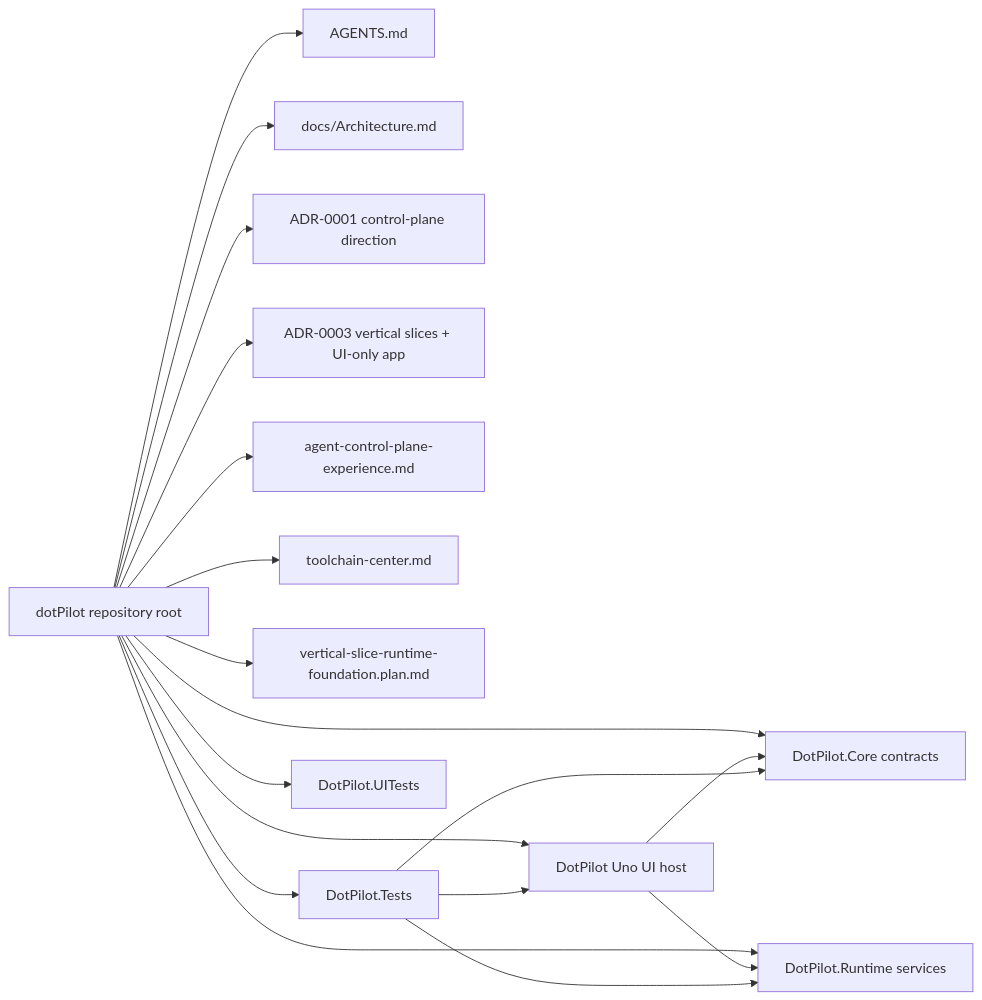
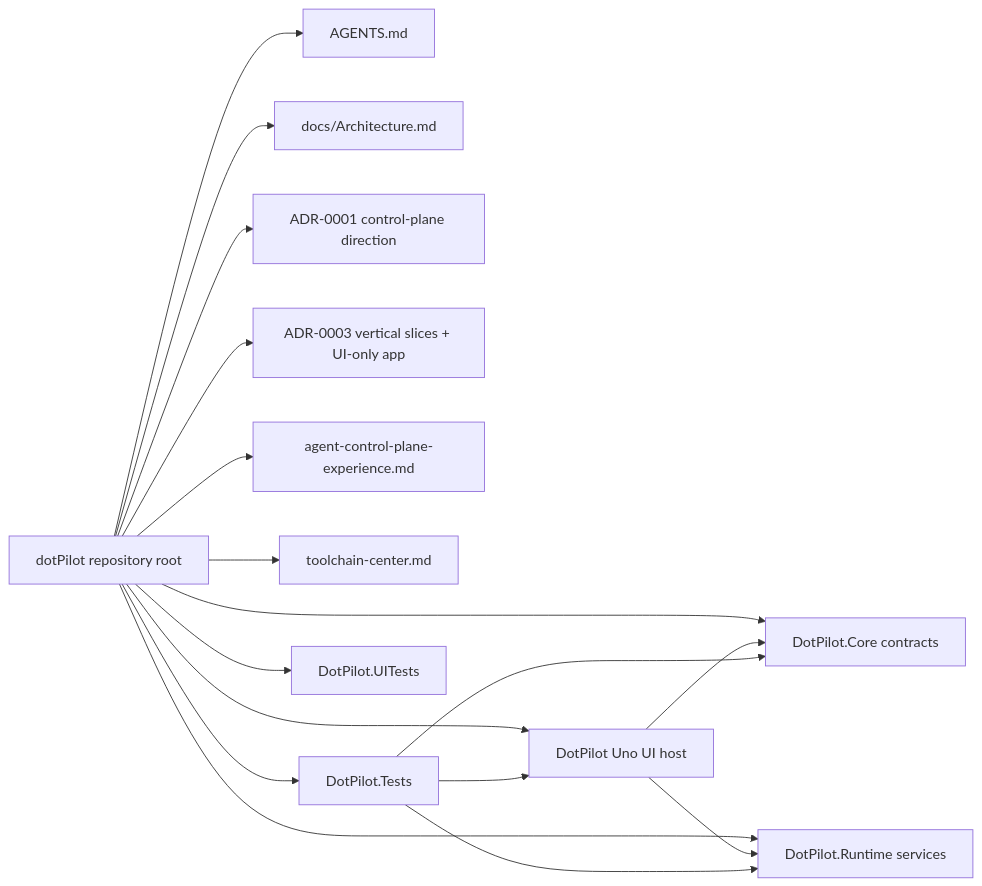
One commit to managedcode/dotPilot changed the first of 5 diagrams in docs/Architecture.md. Above: the diagram before and after it, drawn with Mermaid. The commit also changed other lines of this file and 11 other files, not shown here.

````diff
--- a/docs/Architecture.md
+++ b/docs/Architecture.md
@@ -29,34 +29,32 @@
 ```mermaid
 flowchart LR
   Root["dotPilot repository root"]
   Governance["AGENTS.md"]
   Architecture["docs/Architecture.md"]
   Adr1["ADR-0001 control-plane direction"]
   Adr3["ADR-0003 vertical slices + UI-only app"]
   Feature["agent-control-plane-experience.md"]
   Toolchains["toolchain-center.md"]
-  Plan["vertical-slice-runtime-foundation.plan.md"]
   Ui["DotPilot Uno UI host"]
   Core["DotPilot.Core contracts"]
   Runtime["DotPilot.Runtime services"]
   Unit["DotPilot.Tests"]
   UiTests["DotPilot.UITests"]
 
   Root --> Governance
   Root --> Architecture
   Root --> Adr1
   Root --> Adr3
   Root --> Feature
   Root --> Toolchains
-  Root --> Plan
   Root --> Ui
   Root --> Core
   Root --> Runtime
   Root --> Unit
   Root --> UiTests
   Ui --> Core
   Ui --> Runtime
   Unit --> Ui
   Unit --> Core
   Unit --> Runtime
 ```
````
